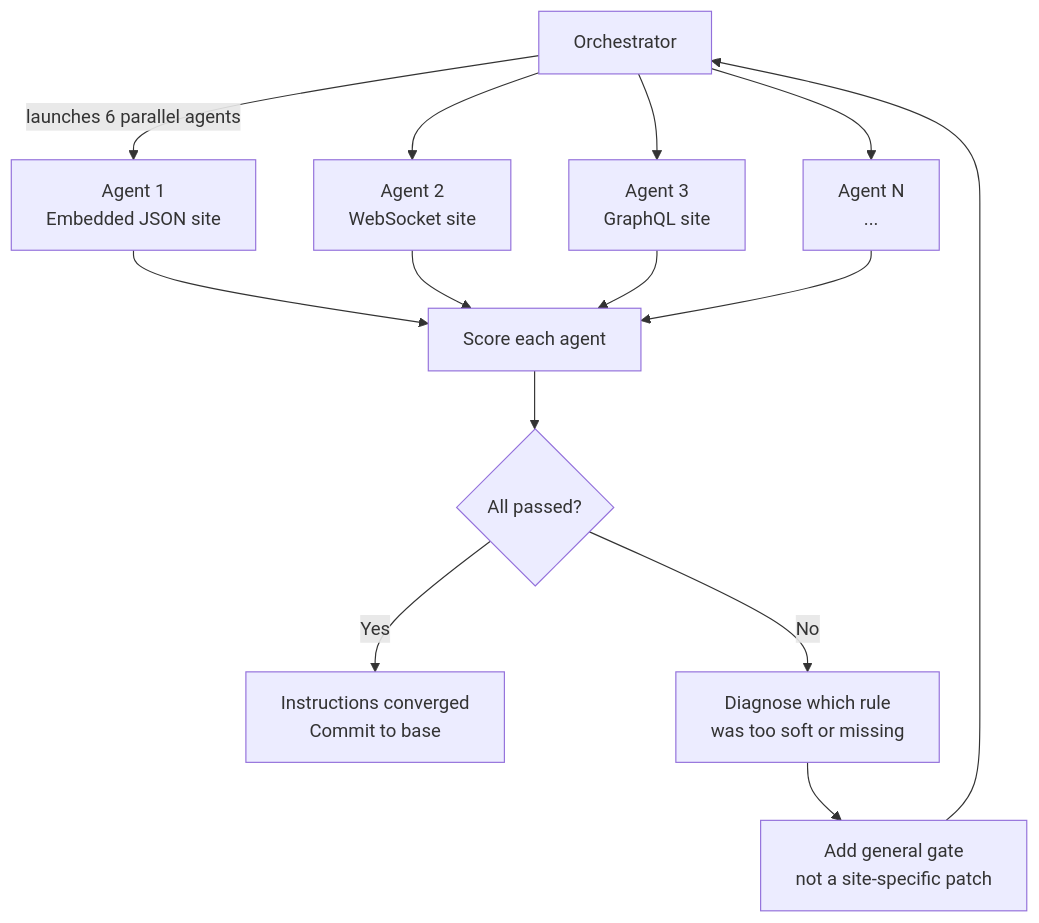
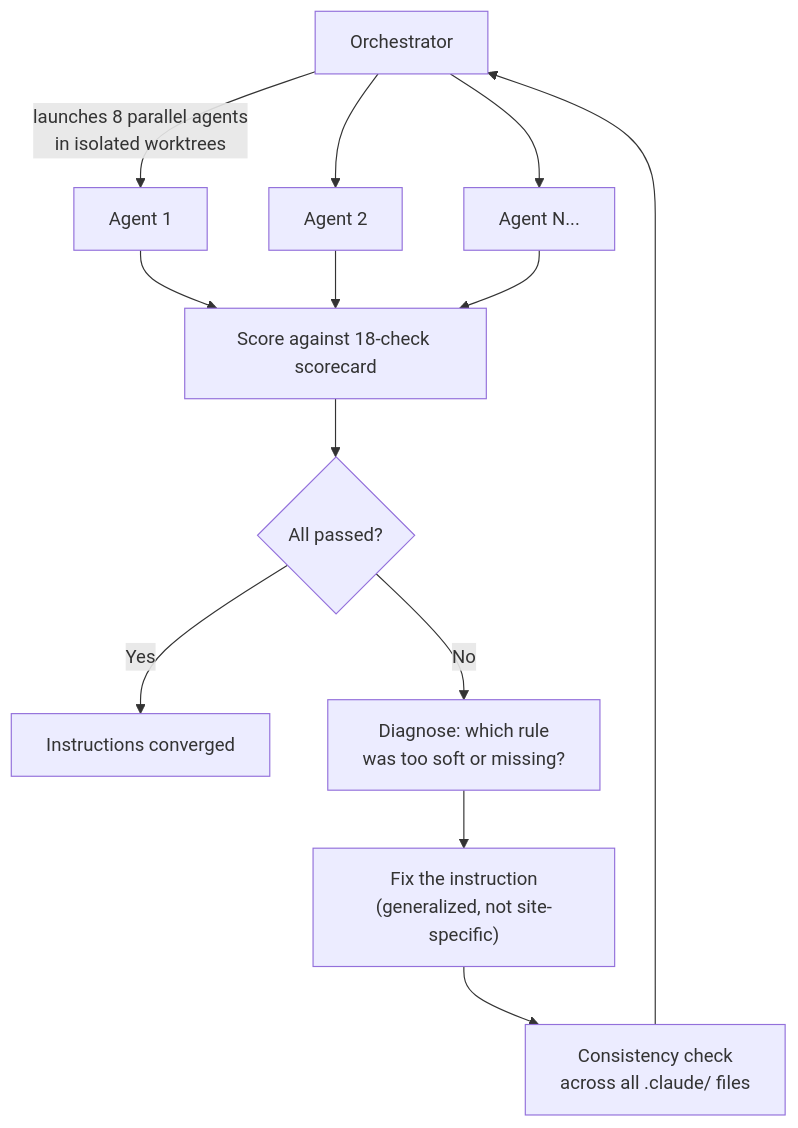
One commit to adam-s/api-interceptor changed the first of 2 diagrams in README.md. Above: the diagram before and after it, drawn with Mermaid. The commit also changed other lines of this file, not shown here.

````diff
--- a/README.md
+++ b/README.md
@@ -55,18 +174,17 @@
 ```mermaid
 graph TD
-    O[Orchestrator] -->|launches 6 parallel agents| A1[Agent 1<br/>Embedded JSON site]
-    O --> A2[Agent 2<br/>WebSocket site]
-    O --> A3[Agent 3<br/>GraphQL site]
-    O --> AN[Agent N<br/>...]
+    O[Orchestrator] -->|"launches 8 parallel agents<br/>in isolated worktrees"| A1[Agent 1]
+    O --> A2[Agent 2]
+    O --> AN[Agent N...]
 
-    A1 --> S[Score each agent]
+    A1 --> S[Score against 18-check scorecard]
     A2 --> S
-    A3 --> S
     AN --> S
 
     S --> D{All passed?}
-    D -- Yes --> C[Instructions converged<br/>Commit to base]
-    D -- No --> F[Diagnose which rule<br/>was too soft or missing]
-    F --> R[Add general gate<br/>not a site-specific patch]
-    R --> O
+    D -- Yes --> C["Instructions converged"]
+    D -- No --> F["Diagnose: which rule<br/>was too soft or missing?"]
+    F --> R["Fix the instruction<br/>(generalized, not site-specific)"]
+    R --> CC["Consistency check<br/>across all .claude/ files"]
+    CC --> O
 ```
````
